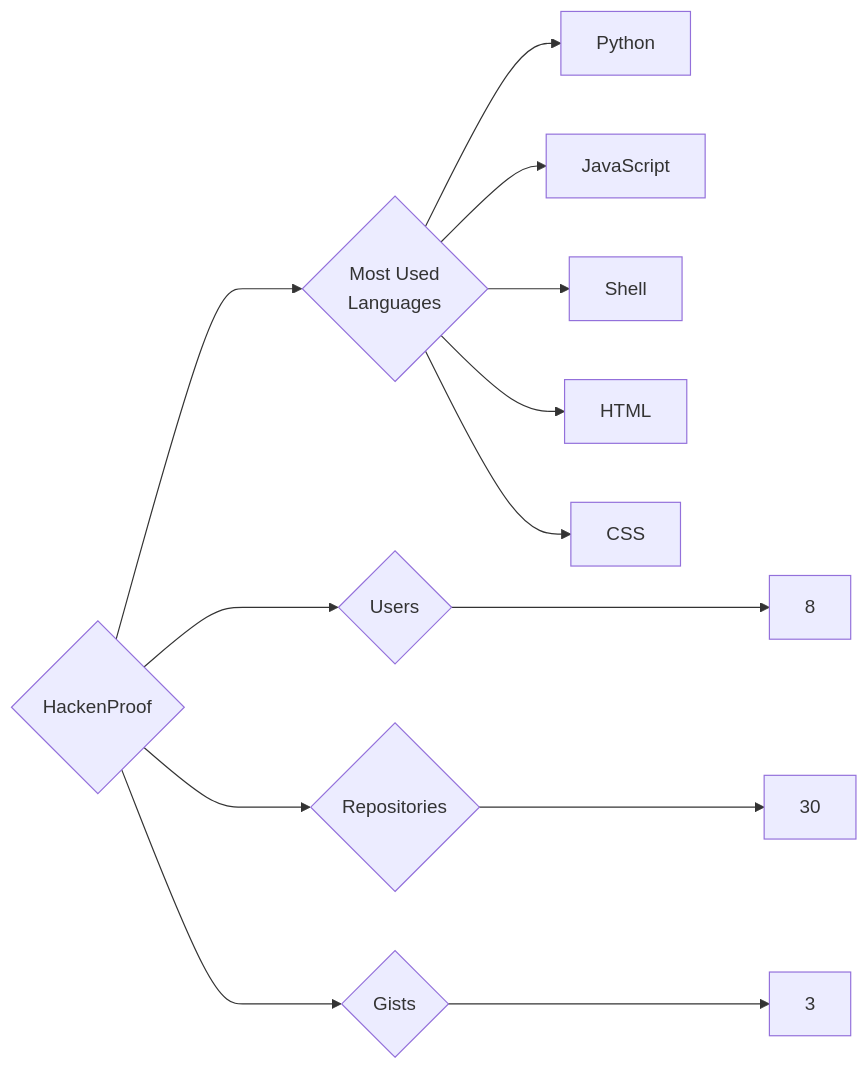
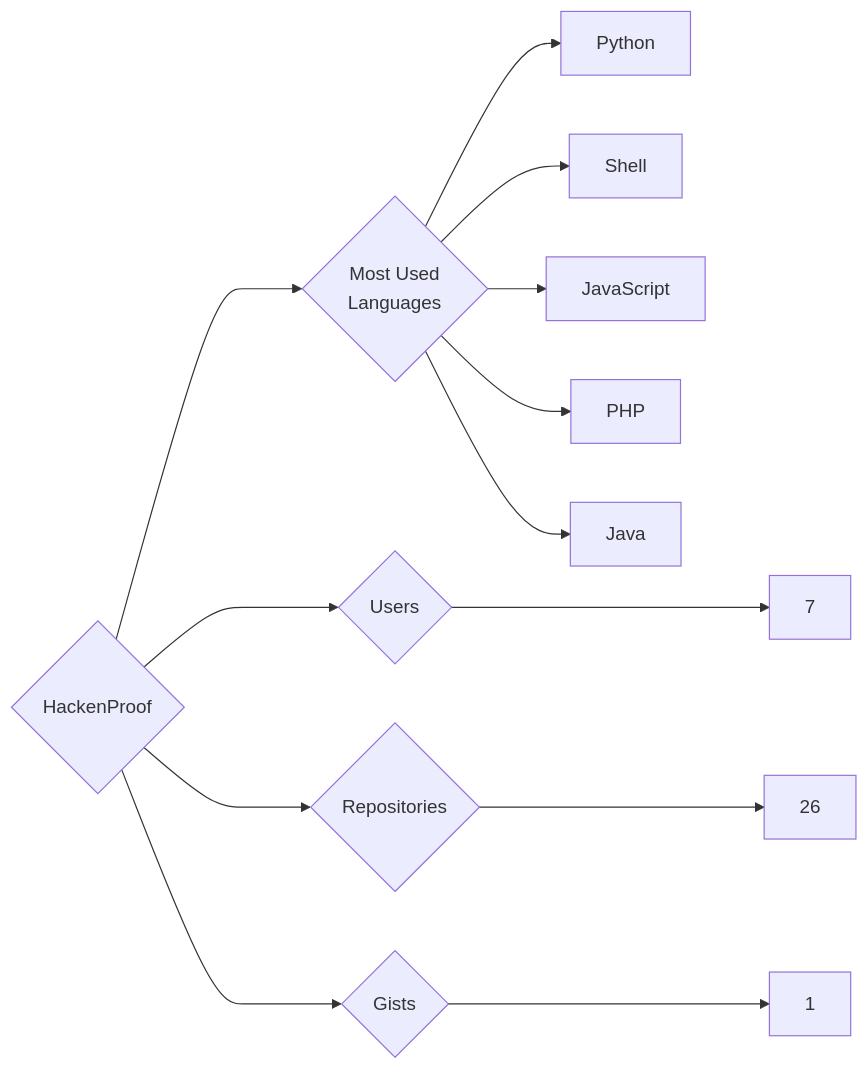
The diagram in targets/HackenProof/README.md (trickest/insiders), drawn with Mermaid before and after one commit. The commit also changed 1149 other files, not shown here.

````diff
--- a/targets/HackenProof/README.md
+++ b/targets/HackenProof/README.md
@@ -3,13 +3,13 @@
 ```mermaid
 graph LR
 COMPANY_NAME{HackenProof}
-COMPANY_NAME ---> U{Users} ---> UN[8]
-COMPANY_NAME ---> R{Repositories} ---> RN[30]
-COMPANY_NAME ---> G{Gists} ---> GN[3]
+COMPANY_NAME ---> U{Users} ---> UN[7]
+COMPANY_NAME ---> R{Repositories} ---> RN[26]
+COMPANY_NAME ---> G{Gists} ---> GN[1]
 COMPANY_NAME ---> ML{Most Used<br>Languages}
 ML --> Python[Python]
+ML --> Shell[Shell]
 ML --> JavaScript[JavaScript]
-ML --> Shell[Shell]
-ML --> HTML[HTML]
-ML --> CSS[CSS]
+ML --> PHP[PHP]
+ML --> Java[Java]
 ```
````
